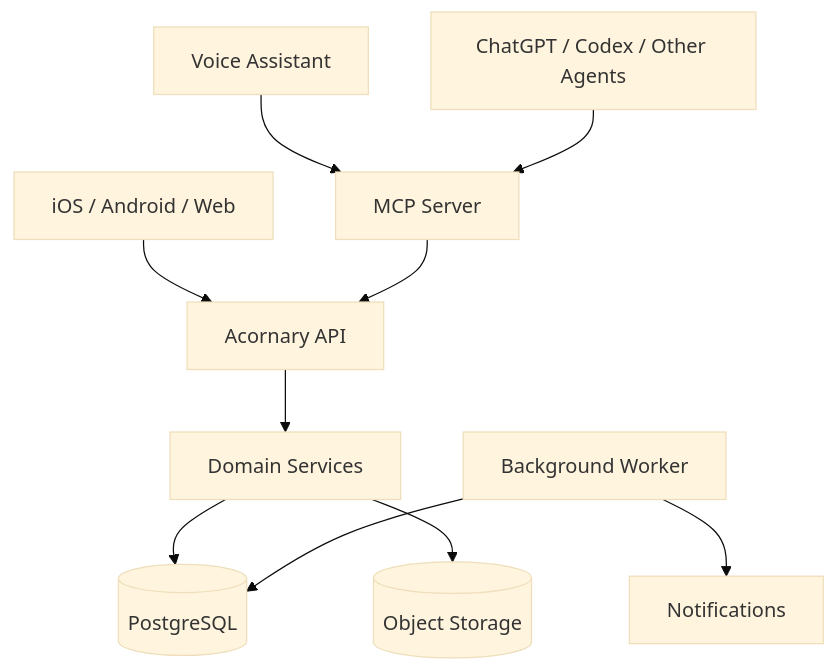
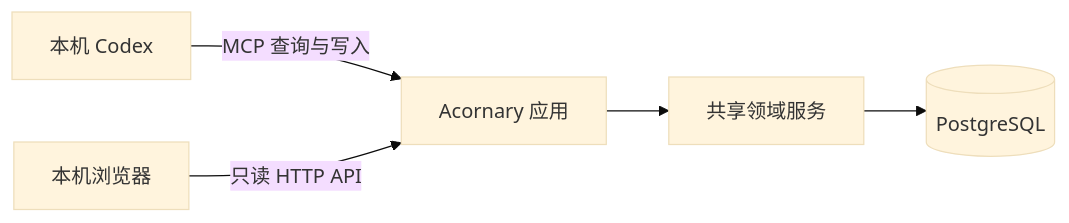
One commit to TANG617/Acornary changed the first of 2 diagrams in docs/architecture.md. Above: the diagram before and after it, drawn with Mermaid (base theme). The commit also changed other lines of this file and 58 other files, not shown here.

````diff
--- a/docs/architecture.md
+++ b/docs/architecture.md
@@ -5,14 +38,7 @@
 ```mermaid
-flowchart TD
-    A[iOS / Android / Web] --> API[Acornary API]
-    V[Voice Assistant] --> MCP[MCP Server]
-    L[ChatGPT / Codex / Other Agents] --> MCP
-    MCP --> API
-
-    API --> D[Domain Services]
-    D --> PG[(PostgreSQL)]
-    D --> OS[(Object Storage)]
-
-    W[Background Worker] --> PG
-    W --> N[Notifications]
+flowchart LR
+    Codex[本机 Codex] -->|MCP 查询与写入| App[Acornary 应用]
+    Browser[本机浏览器] -->|只读 HTTP API| App
+    App --> Service[共享领域服务]
+    Service --> PG[(PostgreSQL)]
 ```
````
